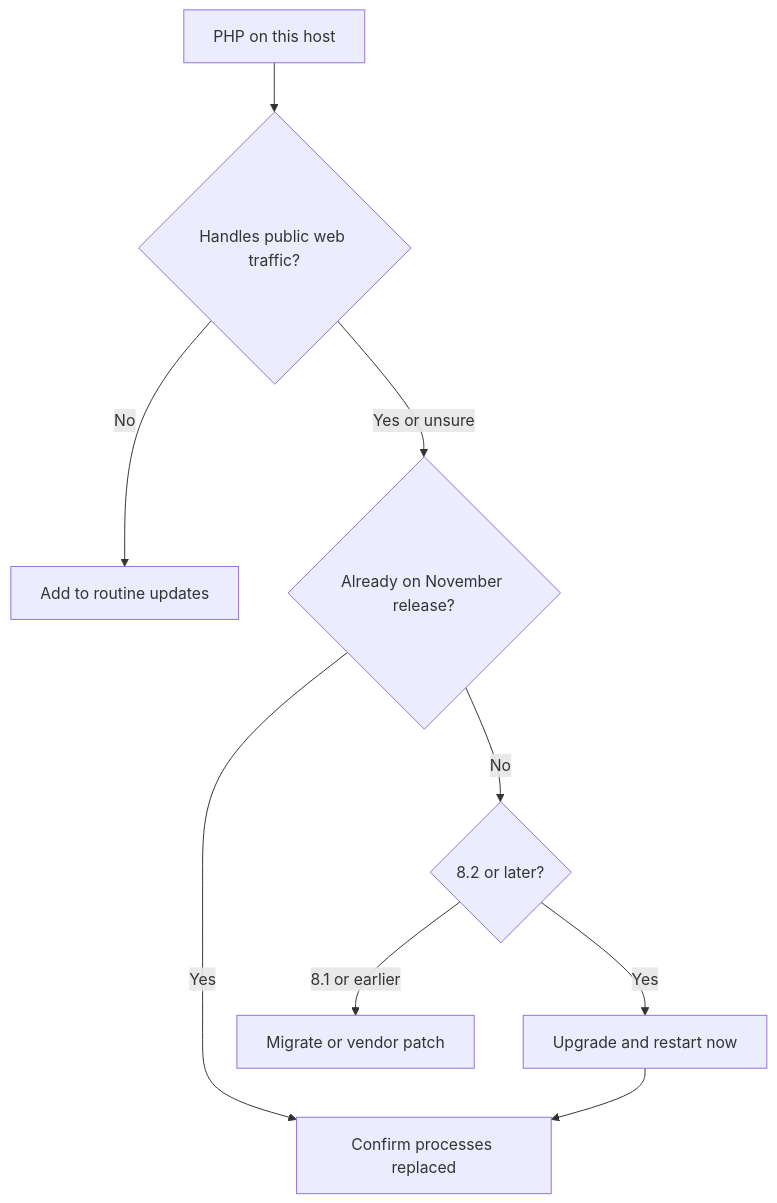
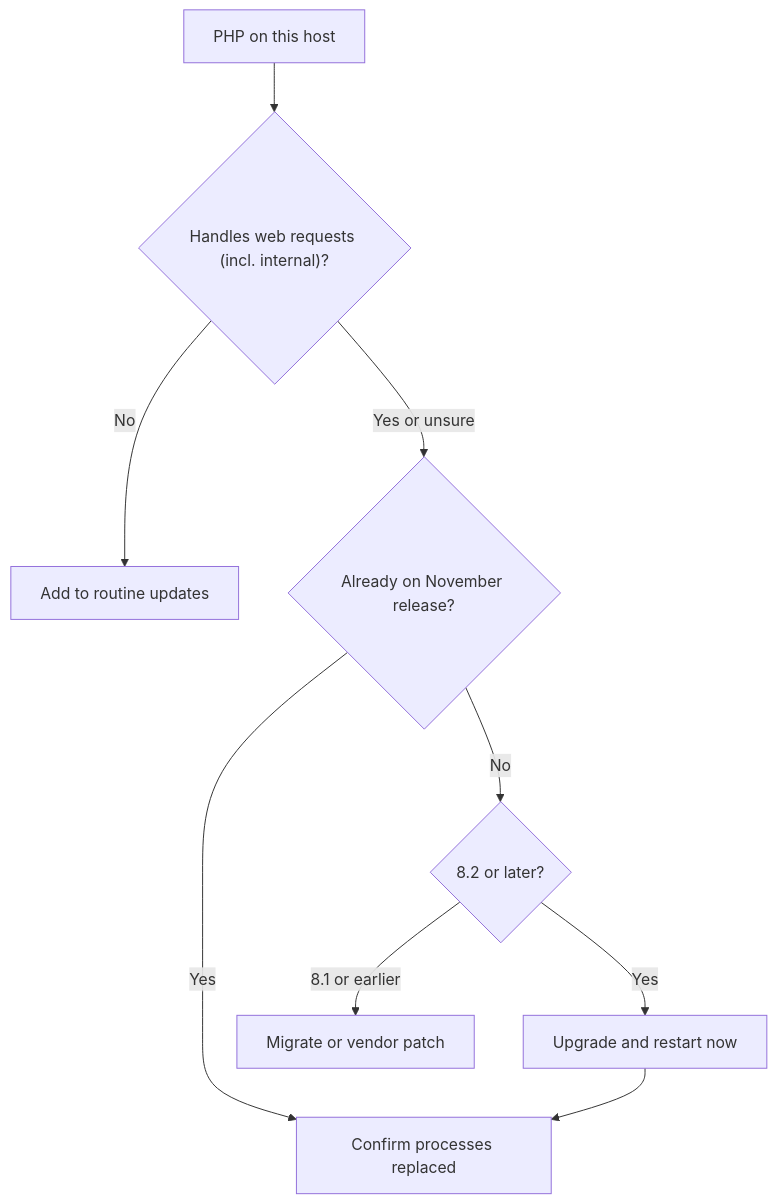
Before and after one commit to justmaocom/justmaocom.github.io: the diagram in _posts/en/2026-11-23-php2shell-cve-2026-109618.md, drawn with Mermaid. The commit also changed other lines of this file and 2 other files, not shown here.

Commit message:
docs(posts): php2shell 校稿修正

````diff
--- a/_posts/en/2026-11-23-php2shell-cve-2026-109618.md
+++ b/_posts/en/2026-11-23-php2shell-cve-2026-109618.md
@@ -23,11 +23,11 @@
 ```mermaid
 flowchart TD
-  A[PHP on this host] --> B{"Handles public web traffic?"}
+  A[PHP on this host] --> B{"Handles web requests (incl. internal)?"}
   B -->|No| C[Add to routine updates]
   B -->|"Yes or unsure"| D{"Already on November release?"}
   D -->|Yes| E[Confirm processes replaced]
   D -->|No| F{"8.2 or later?"}
   F -->|Yes| G[Upgrade and restart now]
   F -->|"8.1 or earlier"| H[Migrate or vendor patch]
   G --> E
 ```
````
